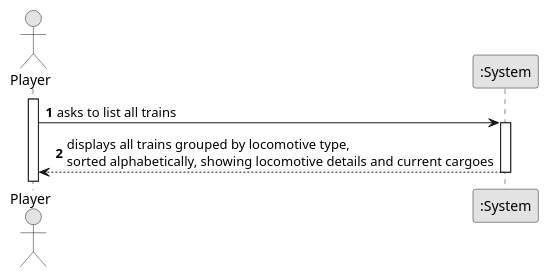
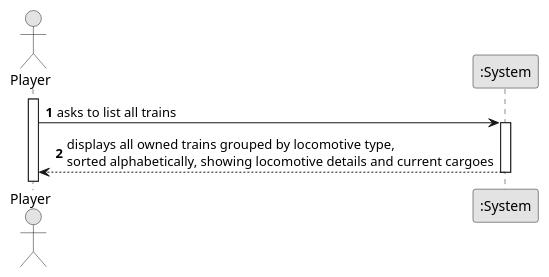
One commit to 1240826/empire-on-tracks changed the diagram in docs/system-documentation/US011/01.requirements-engineering/puml/US011-SSD.puml. Above: the diagram before and after it, drawn with PlantUML. The commit also changed 4 other files, not shown here.

```diff
--- a/docs/system-documentation/US011/01.requirements-engineering/puml/US011-SSD.puml
+++ b/docs/system-documentation/US011/01.requirements-engineering/puml/US011-SSD.puml
@@ -1,19 +1,19 @@
 @startuml
 skinparam monochrome true
 skinparam packageStyle rectangle
 skinparam shadowing false
 
 autonumber
 
 actor "Player" as Player
 participant ":System" as System
 
 activate Player
 
     Player -> System : asks to list all trains
     activate System
 
-        System --> Player : displays all trains grouped by locomotive type,\nsorted alphabetically, showing locomotive details and current cargoes
+        System --> Player : displays all owned trains grouped by locomotive type,\nsorted alphabetically, showing locomotive details and current cargoes
     deactivate System
 
 @enduml
```
